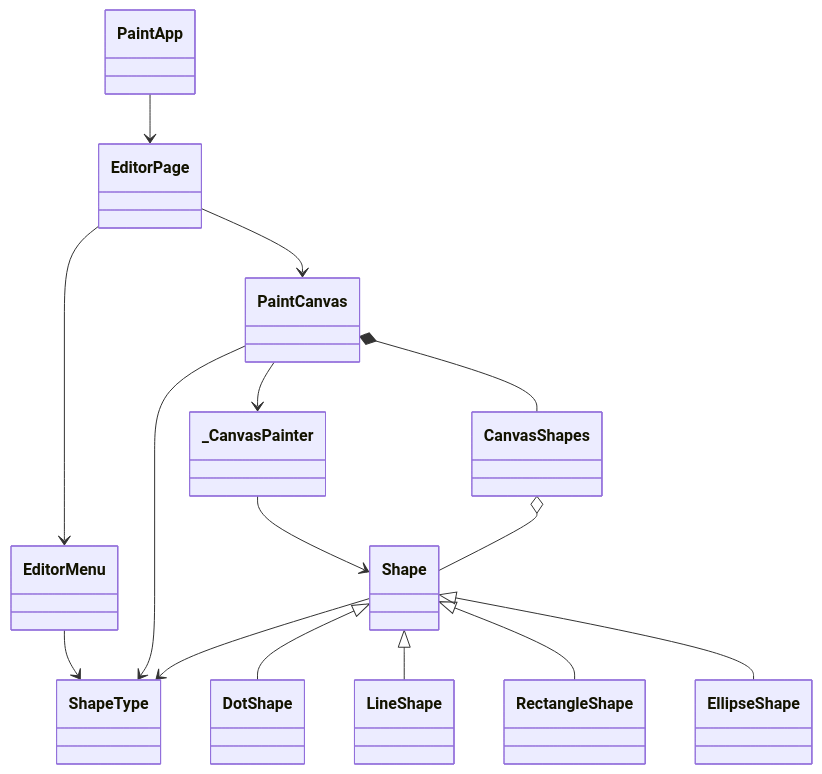
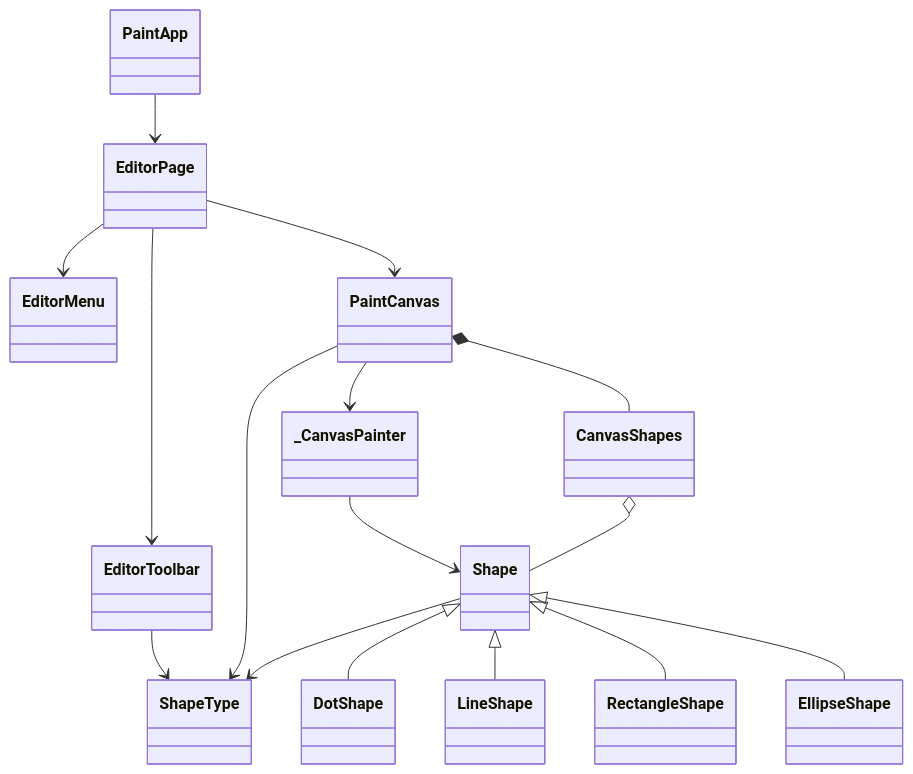
Before and after one commit to tevarindol/paint: the diagram in README.md, drawn with Mermaid. The commit also changed other lines of this file and 3 other files, not shown here.

Commit message:
feat(editor): add toolbar with icon buttons and tooltips

````diff
--- a/README.md
+++ b/README.md
@@ -17,17 +18,18 @@
 ```mermaid
 classDiagram
     PaintApp --> EditorPage
     EditorPage --> EditorMenu
+    EditorPage --> EditorToolbar
     EditorPage --> PaintCanvas
-    EditorMenu --> ShapeType
+    EditorToolbar --> ShapeType
     PaintCanvas --> ShapeType
     PaintCanvas *-- CanvasShapes
     PaintCanvas --> _CanvasPainter
     _CanvasPainter --> Shape
     CanvasShapes o-- Shape
     Shape --> ShapeType
     Shape <|-- DotShape
     Shape <|-- LineShape
     Shape <|-- RectangleShape
     Shape <|-- EllipseShape
 ```
````
